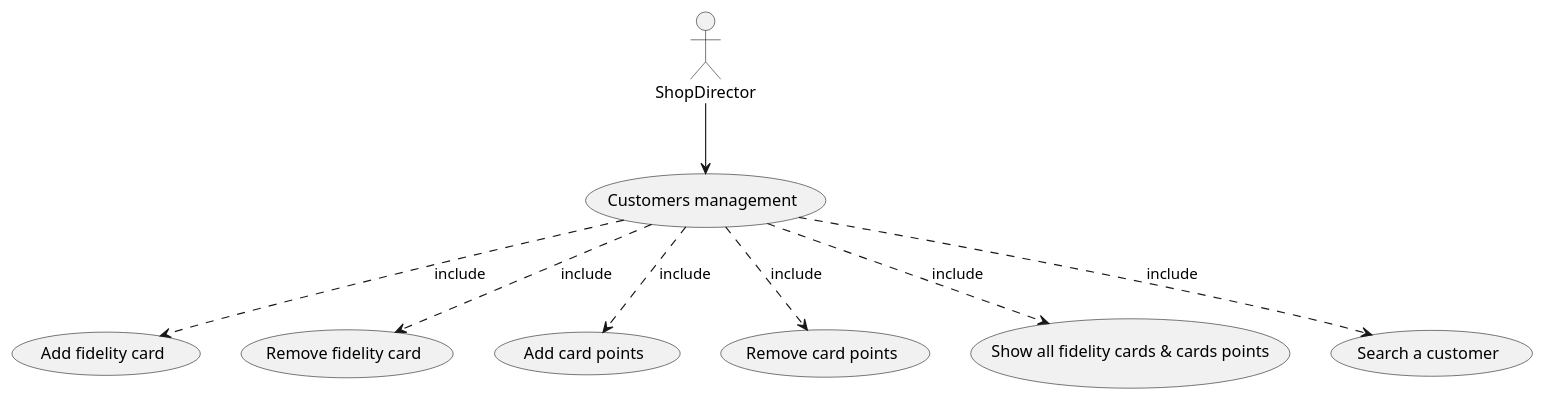
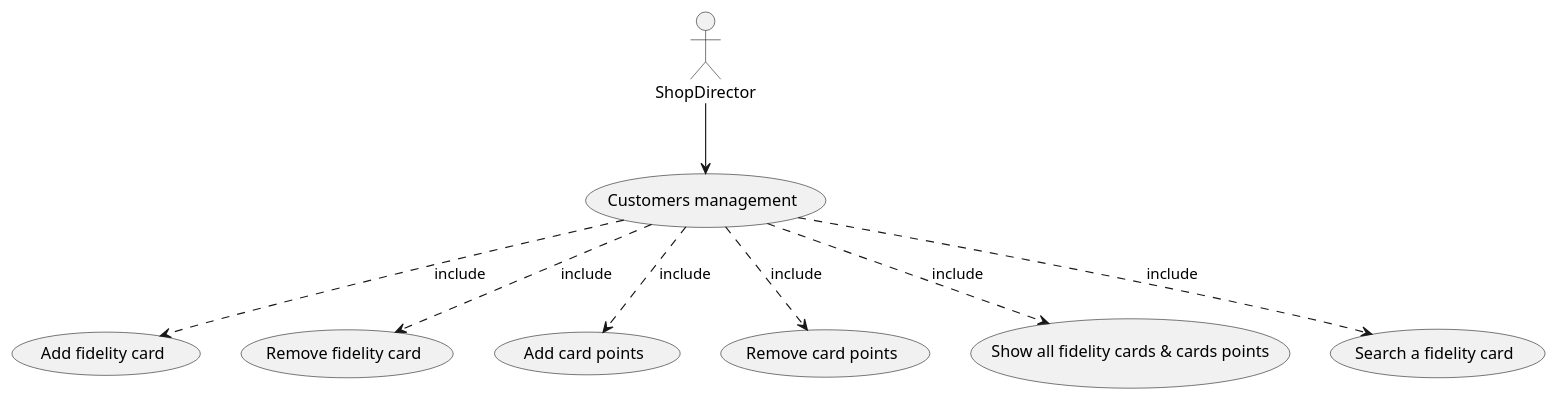
The sixth of 11 diagrams in Deliverables/RequirementsDocument.md (Stormz4/group20-EzShop), drawn with PlantUML before and after one commit.

Commit message:
Doc: Typo in customers management

````diff
--- a/Deliverables/RequirementsDocument.md
+++ b/Deliverables/RequirementsDocument.md
@@ -337,13 +337,13 @@
 ```plantuml
 @startuml
 
 :ShopDirector: --> (Customers management)
 (Customers management) ..> (Add fidelity card) : include
 (Customers management) ..> (Remove fidelity card) : include
 (Customers management) ..> (Add card points) : include
 (Customers management) ..> (Remove card points) : include
 (Customers management) ..> (Show all fidelity cards & cards points) : include
-(Customers management) ..> (Search a customer) : include
+(Customers management) ..> (Search a fidelity card) : include
 
 @enduml
 ```
````
